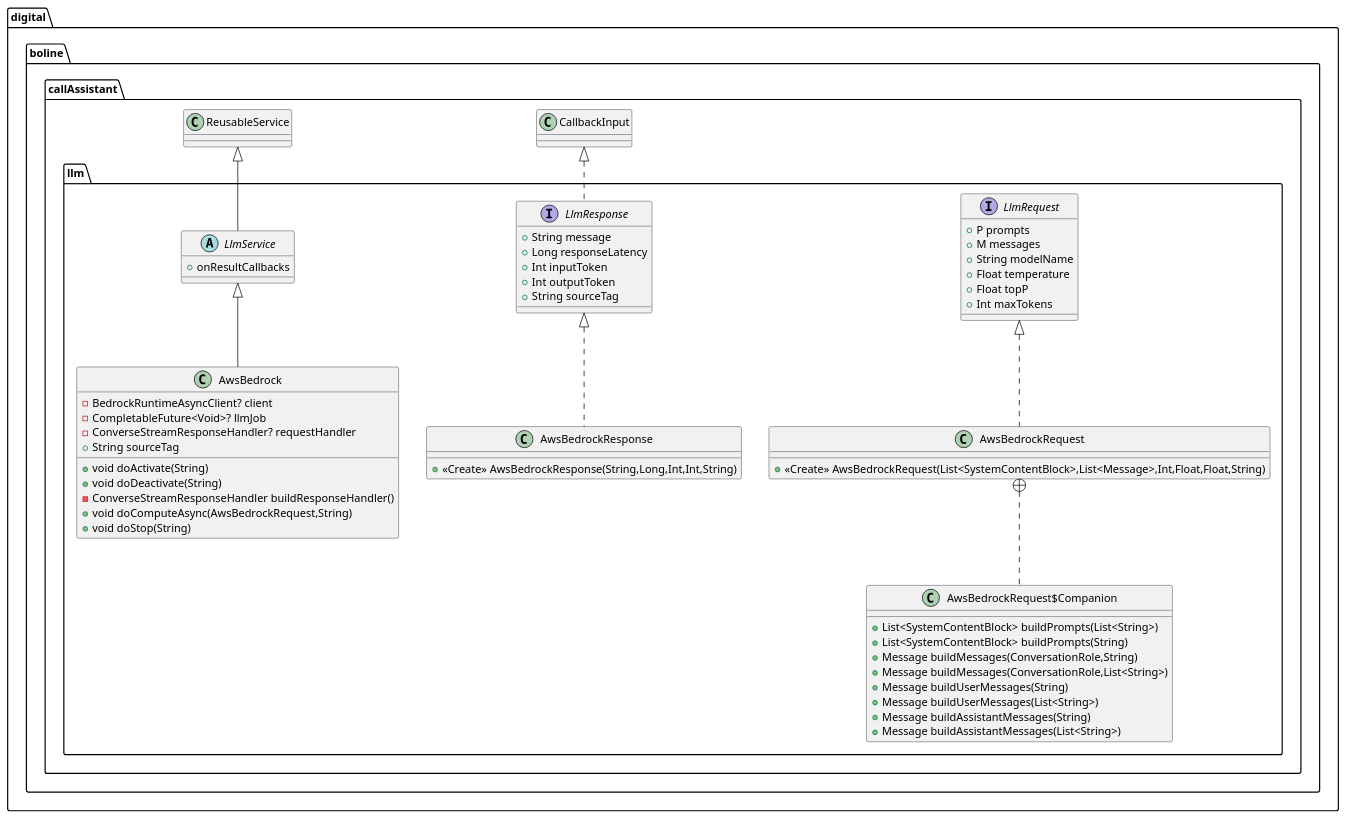
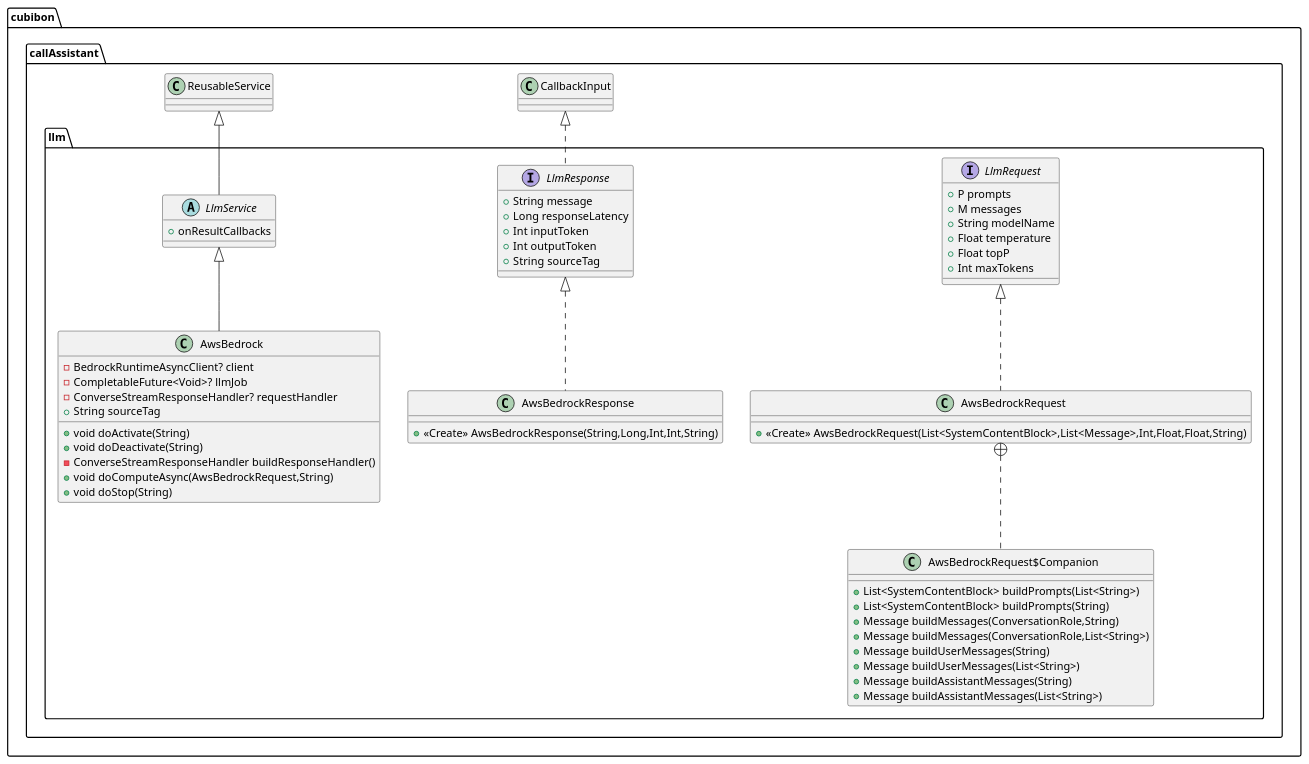
Before and after one commit to buoncubi/call_assistant: the diagram in doc/uml/llm.puml, drawn with PlantUML. The commit also changed 969 other files, not shown here.

```diff
--- a/doc/uml/llm.puml
+++ b/doc/uml/llm.puml
@@ -1,63 +1,63 @@
 @startuml
-class digital.boline.callAssistant.llm.AwsBedrockRequest$Companion {
+class cubibon.callAssistant.llm.AwsBedrockRequest$Companion {
 + List<SystemContentBlock> buildPrompts(List<String>)
 + List<SystemContentBlock> buildPrompts(String)
 + Message buildMessages(ConversationRole,String)
 + Message buildMessages(ConversationRole,List<String>)
 + Message buildUserMessages(String)
 + Message buildUserMessages(List<String>)
 + Message buildAssistantMessages(String)
 + Message buildAssistantMessages(List<String>)
 }
 
-class digital.boline.callAssistant.llm.AwsBedrockRequest {
+class cubibon.callAssistant.llm.AwsBedrockRequest {
 + <<Create>> AwsBedrockRequest(List<SystemContentBlock>,List<Message>,Int,Float,Float,String)
 }
 
-class digital.boline.callAssistant.llm.AwsBedrockResponse {
+class cubibon.callAssistant.llm.AwsBedrockResponse {
 + <<Create>> AwsBedrockResponse(String,Long,Int,Int,String)
 }
 
-class digital.boline.callAssistant.llm.AwsBedrock {
+class cubibon.callAssistant.llm.AwsBedrock {
 - BedrockRuntimeAsyncClient? client
 - CompletableFuture<Void>? llmJob
 - ConverseStreamResponseHandler? requestHandler
 + String sourceTag
 + void doActivate(String)
 + void doDeactivate(String)
 - ConverseStreamResponseHandler buildResponseHandler()
 + void doComputeAsync(AwsBedrockRequest,String)
 + void doStop(String)
 }
 
 
-interface digital.boline.callAssistant.llm.LlmRequest {
+interface cubibon.callAssistant.llm.LlmRequest {
 + P prompts
 + M messages
 + String modelName
 + Float temperature
 + Float topP
 + Int maxTokens
 }
 
-interface digital.boline.callAssistant.llm.LlmResponse {
+interface cubibon.callAssistant.llm.LlmResponse {
 + String message
 + Long responseLatency
 + Int inputToken
 + Int outputToken
 + String sourceTag
 }
 
-abstract class digital.boline.callAssistant.llm.LlmService {
+abstract class cubibon.callAssistant.llm.LlmService {
 +  onResultCallbacks
 }
 
 
 
-digital.boline.callAssistant.llm.AwsBedrockRequest +.. digital.boline.callAssistant.llm.AwsBedrockRequest$Companion
-digital.boline.callAssistant.llm.LlmRequest <|.. digital.boline.callAssistant.llm.AwsBedrockRequest
-digital.boline.callAssistant.llm.LlmResponse <|.. digital.boline.callAssistant.llm.AwsBedrockResponse
-digital.boline.callAssistant.llm.LlmService <|-- digital.boline.callAssistant.llm.AwsBedrock
-digital.boline.callAssistant.CallbackInput <|.. digital.boline.callAssistant.llm.LlmResponse
-digital.boline.callAssistant.ReusableService <|-- digital.boline.callAssistant.llm.LlmService
+cubibon.callAssistant.llm.AwsBedrockRequest +.. cubibon.callAssistant.llm.AwsBedrockRequest$Companion
+cubibon.callAssistant.llm.LlmRequest <|.. cubibon.callAssistant.llm.AwsBedrockRequest
+cubibon.callAssistant.llm.LlmResponse <|.. cubibon.callAssistant.llm.AwsBedrockResponse
+cubibon.callAssistant.llm.LlmService <|-- cubibon.callAssistant.llm.AwsBedrock
+cubibon.callAssistant.CallbackInput <|.. cubibon.callAssistant.llm.LlmResponse
+cubibon.callAssistant.ReusableService <|-- cubibon.callAssistant.llm.LlmService
 @enduml
```
